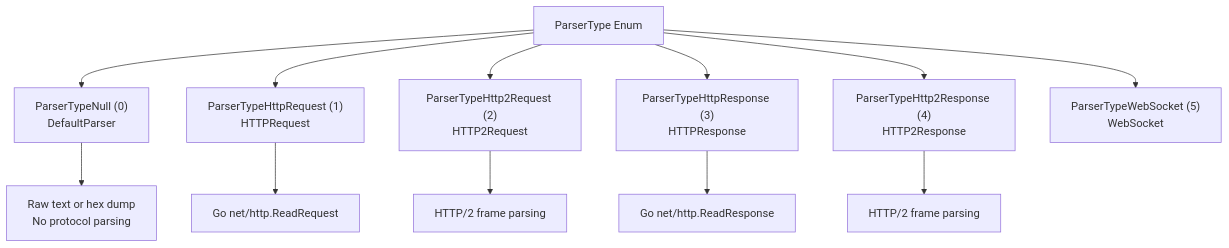
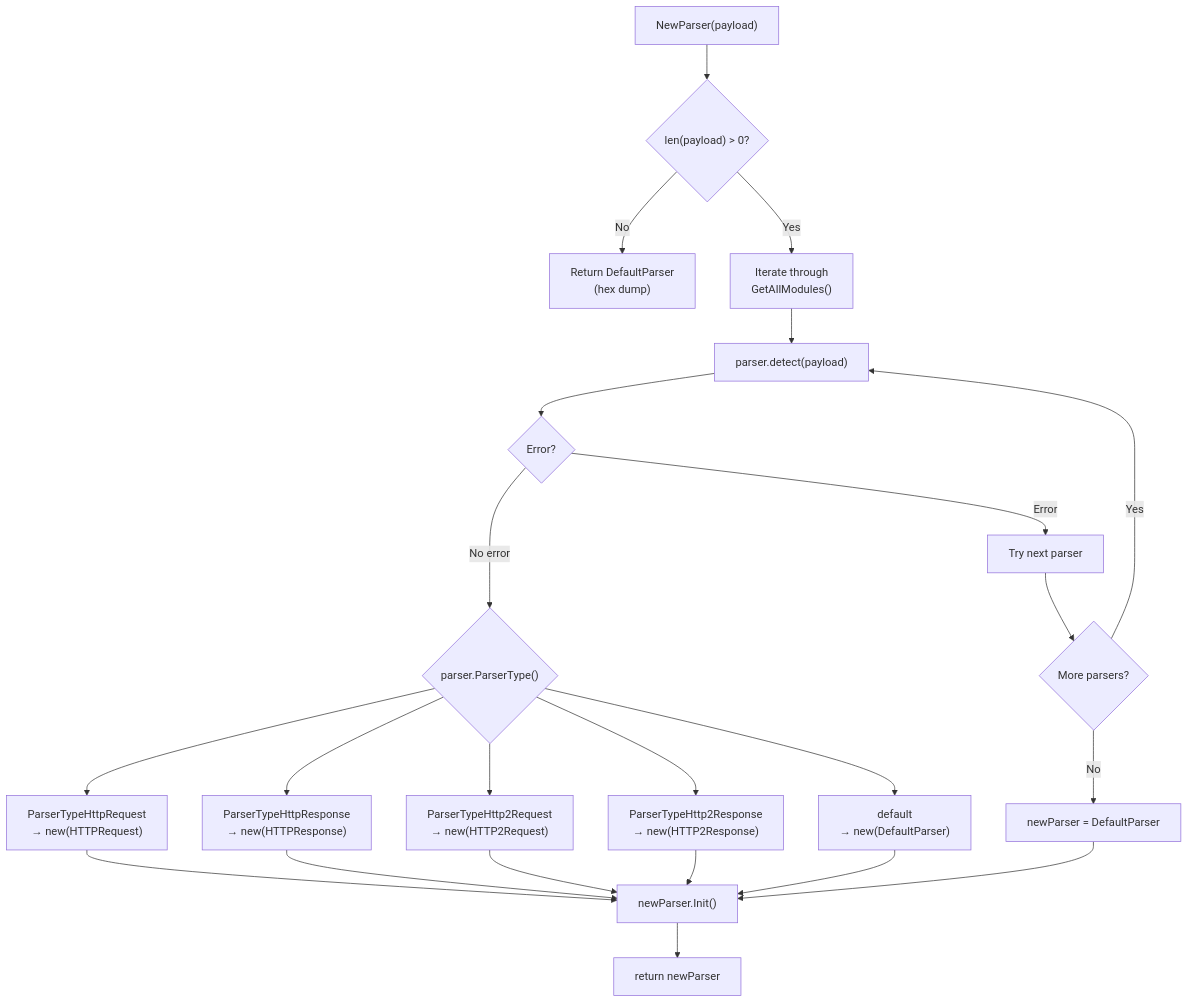
One commit to gojue/ecapture.cc changed the sixth of 7 diagrams in src/en/5-development-guide/5.4-event-processing-and-parsers.md. Above: the diagram before and after it, drawn with Mermaid. The commit also changed other lines of this file and 115 other files, not shown here.

````diff
--- a/src/en/5-development-guide/5.4-event-processing-and-parsers.md
+++ b/src/en/5-development-guide/5.4-event-processing-and-parsers.md
@@ -509,17 +396,32 @@
 ```mermaid
-graph TB
-    ParserType["ParserType Enum"]
+flowchart TB
+    START["NewParser(payload)"] --> CHECK{"len(payload) > 0?"}
     
-    ParserType --> Null["ParserTypeNull (0)<br/>DefaultParser"]
-    ParserType --> HttpReq["ParserTypeHttpRequest (1)<br/>HTTPRequest"]
-    ParserType --> Http2Req["ParserTypeHttp2Request (2)<br/>HTTP2Request"]
-    ParserType --> HttpResp["ParserTypeHttpResponse (3)<br/>HTTPResponse"]
-    ParserType --> Http2Resp["ParserTypeHttp2Response (4)<br/>HTTP2Response"]
-    ParserType --> WebSocket["ParserTypeWebSocket (5)<br/>WebSocket"]
+    CHECK -->|No| DEFAULT1["Return DefaultParser<br/>(hex dump)"]
+    CHECK -->|Yes| LOOP["Iterate through<br/>GetAllModules()"]
     
-    Null --> DefaultBehavior["Raw text or hex dump<br/>No protocol parsing"]
-    HttpReq --> HTTP1Req["Go net/http.ReadRequest"]
-    Http2Req --> H2Frame["HTTP/2 frame parsing"]
-    HttpResp --> HTTP1Resp["Go net/http.ReadResponse"]
-    Http2Resp --> H2FrameResp["HTTP/2 frame parsing"]
+    LOOP --> DETECT["parser.detect(payload)"]
+    DETECT --> RESULT{"Error?"}
+    
+    RESULT -->|No error| TYPE{"parser.ParserType()"}
+    RESULT -->|Error| NEXT["Try next parser"]
+    
+    TYPE --> HTTP_REQ["ParserTypeHttpRequest<br/>→ new(HTTPRequest)"]
+    TYPE --> HTTP_RES["ParserTypeHttpResponse<br/>→ new(HTTPResponse)"]
+    TYPE --> HTTP2_REQ["ParserTypeHttp2Request<br/>→ new(HTTP2Request)"]
+    TYPE --> HTTP2_RES["ParserTypeHttp2Response<br/>→ new(HTTP2Response)"]
+    TYPE --> DEFAULT2["default<br/>→ new(DefaultParser)"]
+    
+    HTTP_REQ --> INIT["newParser.Init()"]
+    HTTP_RES --> INIT
+    HTTP2_REQ --> INIT
+    HTTP2_RES --> INIT
+    DEFAULT2 --> INIT
+    
+    NEXT --> MORE{"More parsers?"}
+    MORE -->|Yes| DETECT
+    MORE -->|No| FALLBACK["newParser = DefaultParser"]
+    
+    FALLBACK --> INIT
+    INIT --> RETURN["return newParser"]
 ```
````
